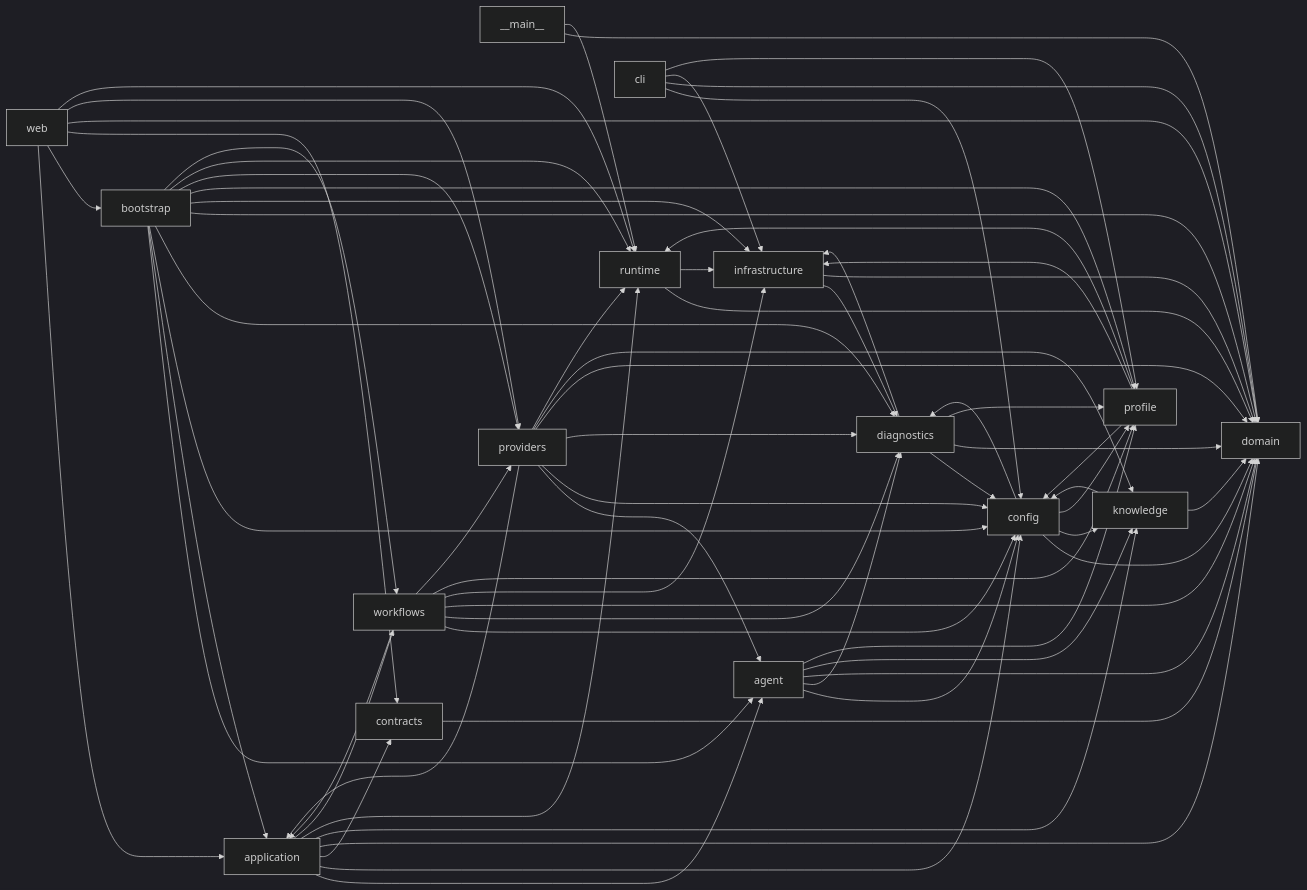
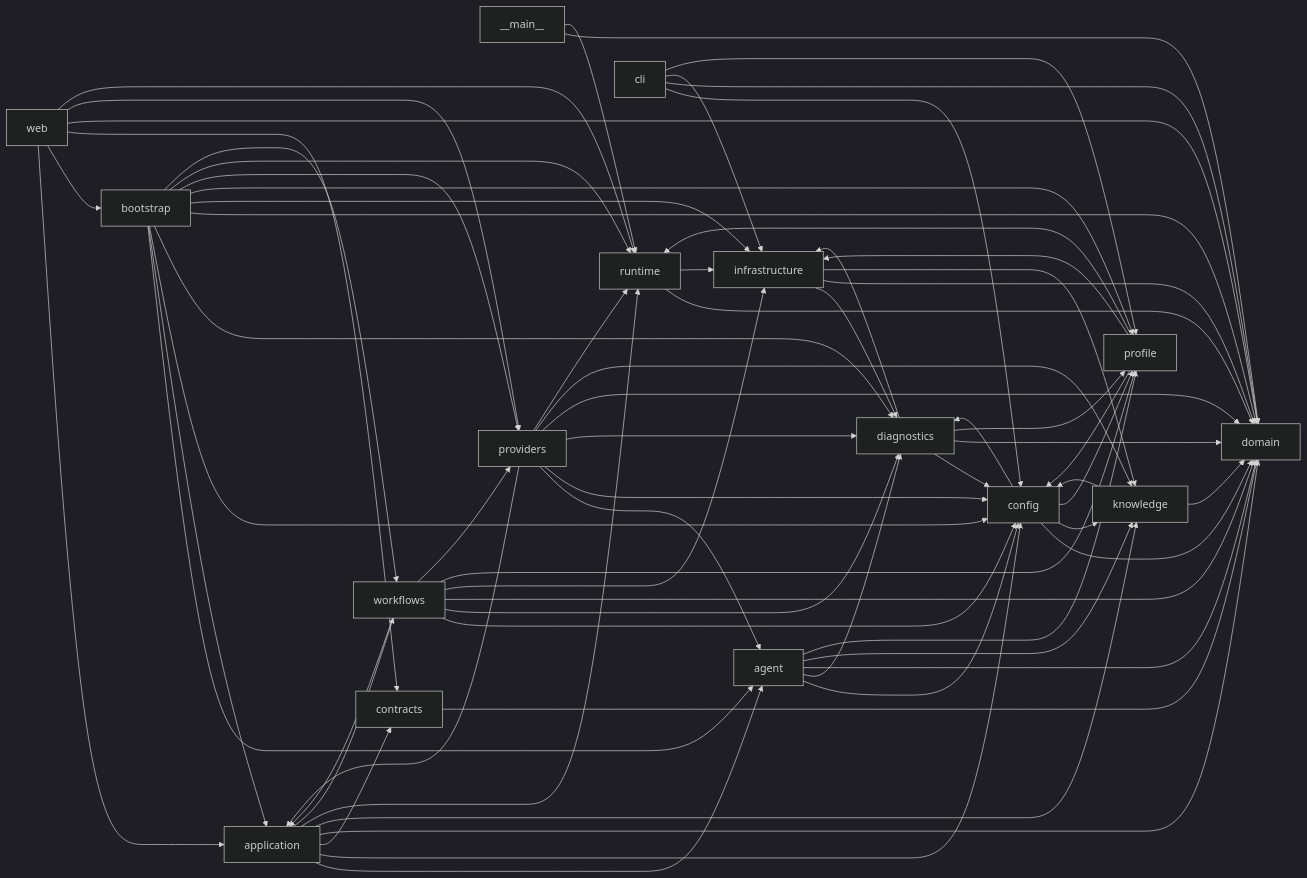
The diagram in docs/generated/dependencies.mmd (meltiseugen/KAI---Klipper-AI-Agent), drawn with Mermaid (dark theme) before and after one commit. The commit also changed 69 other files, not shown here.

```diff
--- a/docs/generated/dependencies.mmd
+++ b/docs/generated/dependencies.mmd
@@ -1,68 +1,69 @@
 flowchart LR
     %% Generated import direction: importer --> dependency
     __main__ --> domain
     __main__ --> runtime
     agent --> config
     agent --> diagnostics
     agent --> domain
     agent --> knowledge
     agent --> profile
     application --> agent
     application --> config
     application --> contracts
     application --> domain
     application --> knowledge
     application --> runtime
     application --> workflows
     bootstrap --> agent
     bootstrap --> application
     bootstrap --> config
     bootstrap --> diagnostics
     bootstrap --> domain
     bootstrap --> infrastructure
     bootstrap --> profile
     bootstrap --> providers
     bootstrap --> runtime
     bootstrap --> workflows
     cli --> config
     cli --> domain
     cli --> infrastructure
     cli --> profile
     config --> diagnostics
     config --> domain
     config --> knowledge
     config --> profile
     contracts --> domain
     diagnostics --> config
     diagnostics --> domain
     diagnostics --> infrastructure
     diagnostics --> profile
     infrastructure --> diagnostics
     infrastructure --> domain
+    infrastructure --> knowledge
     knowledge --> config
     knowledge --> domain
     profile --> config
     profile --> infrastructure
     profile --> runtime
     providers --> agent
     providers --> application
     providers --> config
     providers --> diagnostics
     providers --> domain
     providers --> knowledge
     providers --> runtime
     runtime --> domain
     runtime --> infrastructure
     web --> application
     web --> bootstrap
     web --> contracts
     web --> domain
     web --> providers
     web --> runtime
     workflows --> application
     workflows --> config
     workflows --> diagnostics
     workflows --> domain
     workflows --> infrastructure
     workflows --> profile
     workflows --> providers
```
